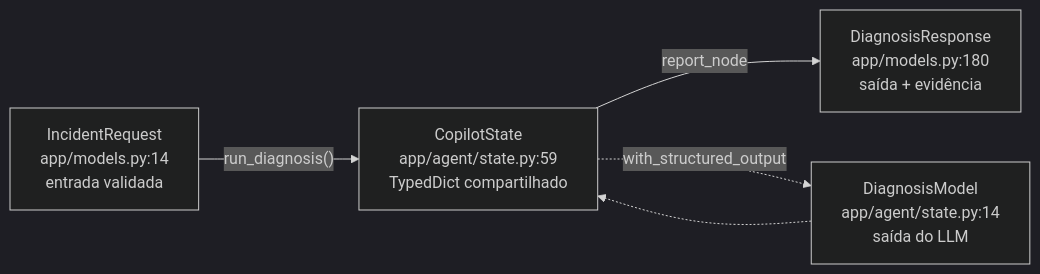
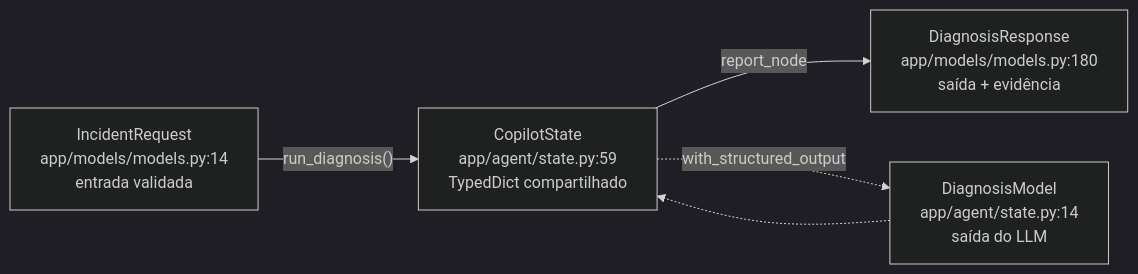
One commit to marcos-slima/integration-incident-copilot changed the fourth of 14 diagrams in docs/MANUAL.md. Above: the diagram before and after it, drawn with Mermaid (dark theme). The commit also changed other lines of this file and 52 other files, not shown here.

````diff
--- a/docs/MANUAL.md
+++ b/docs/MANUAL.md
@@ -332,7 +332,7 @@
 ```mermaid
 flowchart LR
-    REQ["IncidentRequest<br/>app/models.py:14<br/>entrada validada"] -->|"run_diagnosis()"| ST["CopilotState<br/>app/agent/state.py:59<br/>TypedDict compartilhado"]
-    ST -->|"report_node"| RES["DiagnosisResponse<br/>app/models.py:180<br/>saída + evidência"]
+    REQ["IncidentRequest<br/>app/models/models.py:14<br/>entrada validada"] -->|"run_diagnosis()"| ST["CopilotState<br/>app/agent/state.py:59<br/>TypedDict compartilhado"]
+    ST -->|"report_node"| RES["DiagnosisResponse<br/>app/models/models.py:180<br/>saída + evidência"]
     ST -.->|"with_structured_output"| DM["DiagnosisModel<br/>app/agent/state.py:14<br/>saída do LLM"]
     DM -.-> ST
 ```
````
